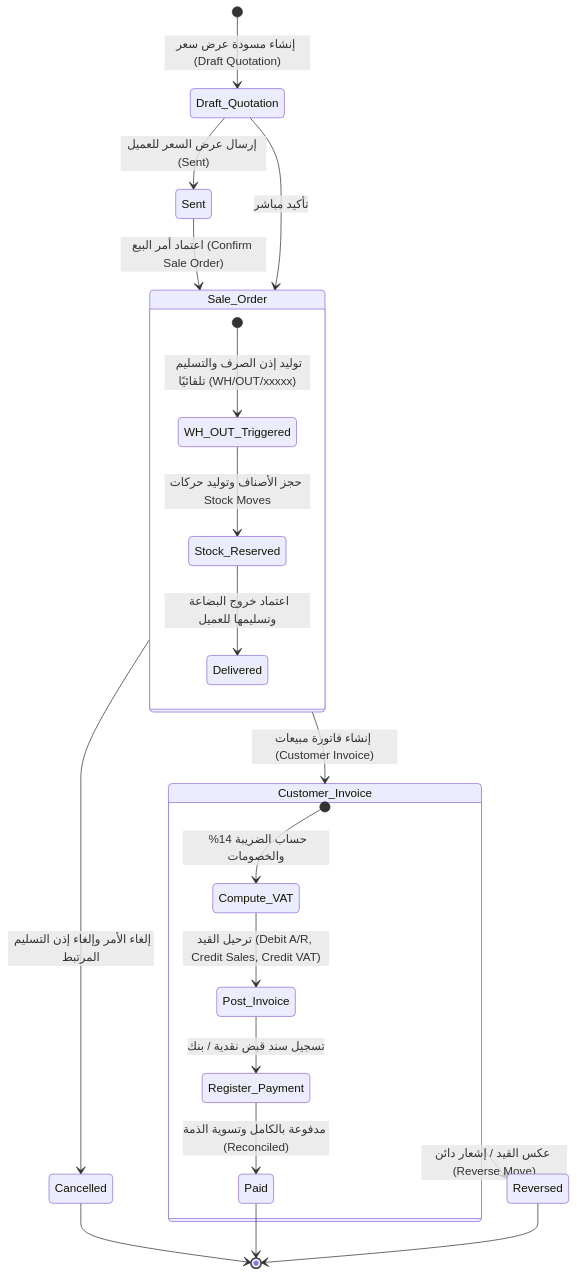
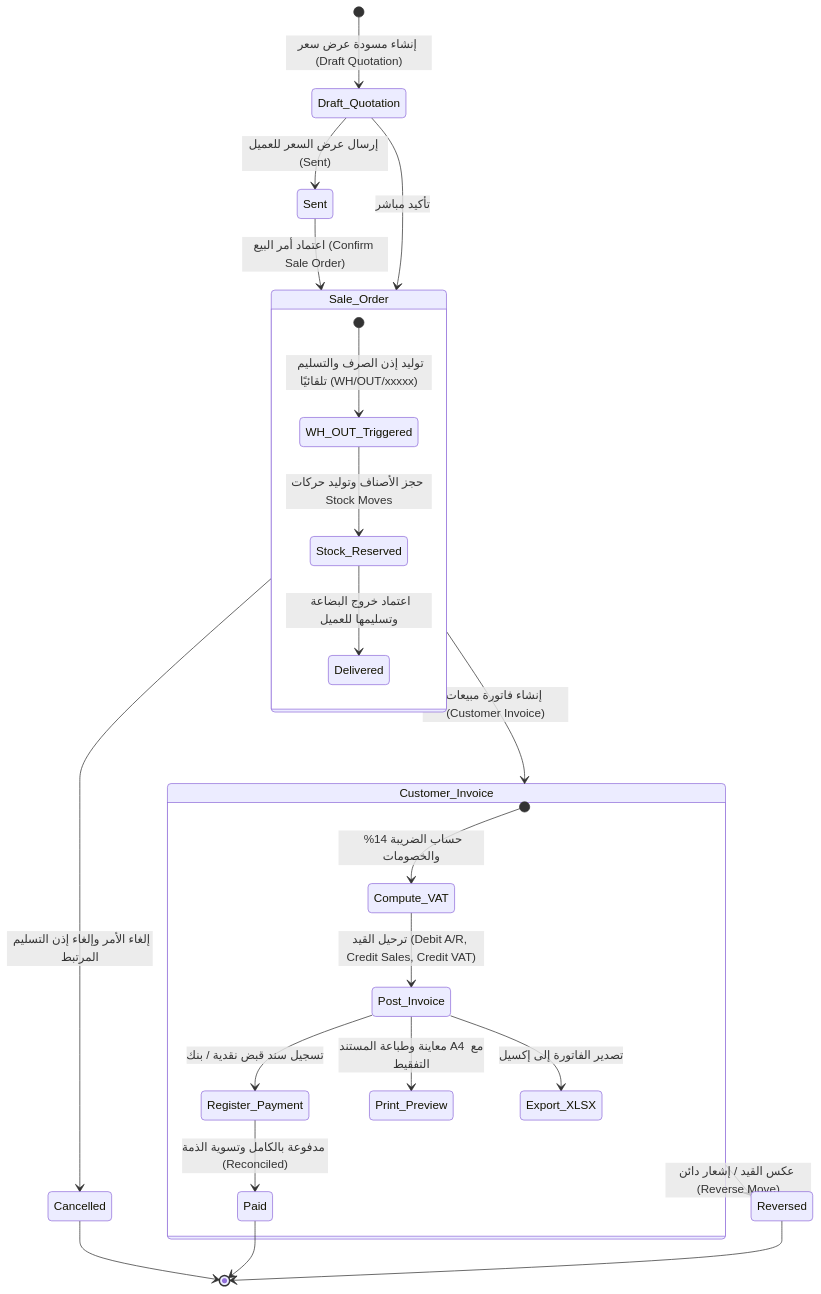
One commit to Omar-b381/MIZAN-ERP changed the third of 8 diagrams in README.md. Above: the diagram before and after it, drawn with Mermaid. The commit also changed other lines of this file, not shown here.

Commit message:
docs: update README with Phase 9 reports, printing diagrams and full test metrics

````diff
--- a/README.md
+++ b/README.md
@@ -145,28 +156,30 @@
 ```mermaid
 stateDiagram-v2
     [*] --> Draft_Quotation: إنشاء مسودة عرض سعر (Draft Quotation)
     Draft_Quotation --> Sent: إرسال عرض السعر للعميل (Sent)
     Sent --> Sale_Order: اعتماد أمر البيع (Confirm Sale Order)
     Draft_Quotation --> Sale_Order: تأكيد مباشر
     
     state Sale_Order {
         [*] --> WH_OUT_Triggered: توليد إذن الصرف والتسليم تلقائيًا (WH/OUT/xxxxx)
         WH_OUT_Triggered --> Stock_Reserved: حجز الأصناف وتوليد حركات Stock Moves
         Stock_Reserved --> Delivered: اعتماد خروج البضاعة وتسليمها للعميل
     }
     
     Sale_Order --> Customer_Invoice: إنشاء فاتورة مبيعات (Customer Invoice)
     
     state Customer_Invoice {
         [*] --> Compute_VAT: حساب الضريبة 14% والخصومات
         Compute_VAT --> Post_Invoice: ترحيل القيد (Debit A/R, Credit Sales, Credit VAT)
         Post_Invoice --> Register_Payment: تسجيل سند قبض نقدية / بنك
         Register_Payment --> Paid: مدفوعة بالكامل وتسوية الذمة (Reconciled)
+        Post_Invoice --> Print_Preview: معاينة وطباعة المستند A4 مع التفقيط
+        Post_Invoice --> Export_XLSX: تصدير الفاتورة إلى إكسيل
     }
     
     Customer_Invoice --> Reversed: عكس القيد / إشعار دائن (Reverse Move)
     Sale_Order --> Cancelled: إلغاء الأمر وإلغاء إذن التسليم المرتبط
     Cancelled --> [*]
     Paid --> [*]
     Reversed --> [*]
 ```
````
